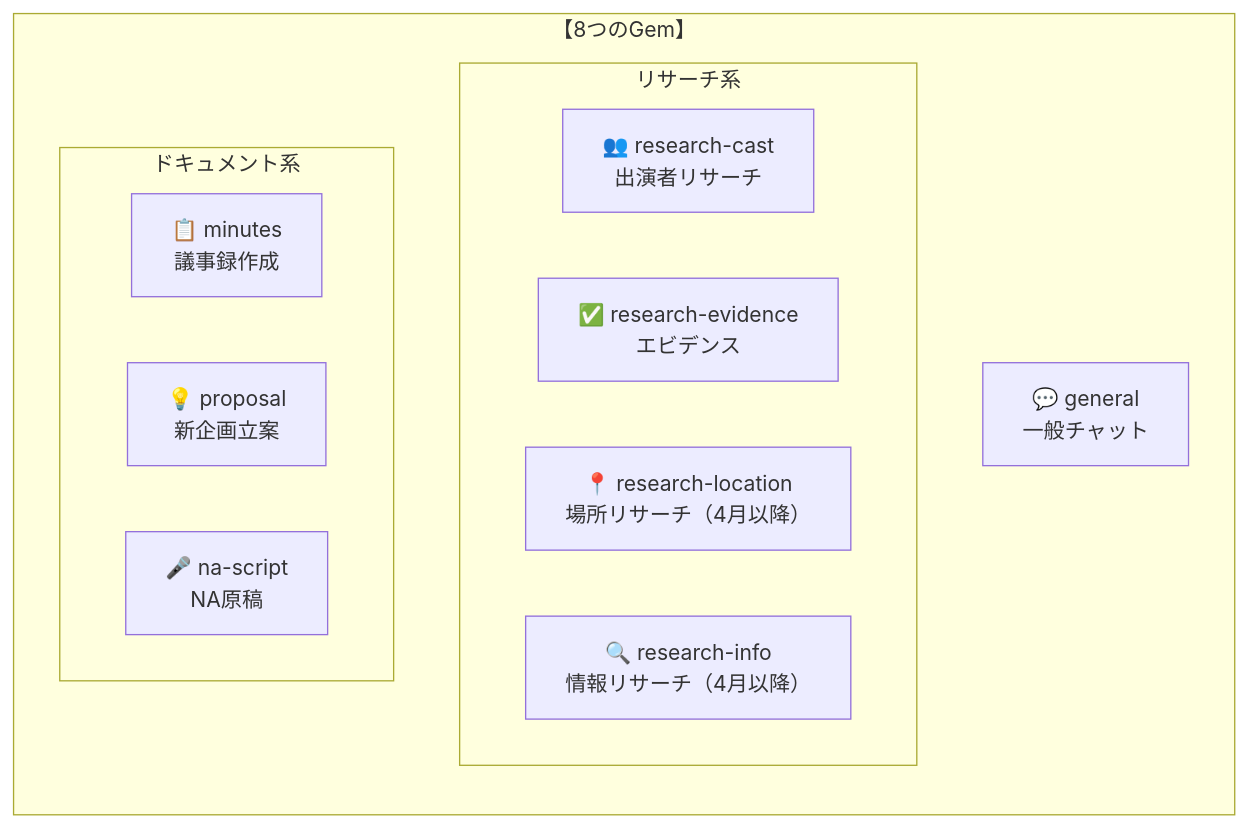
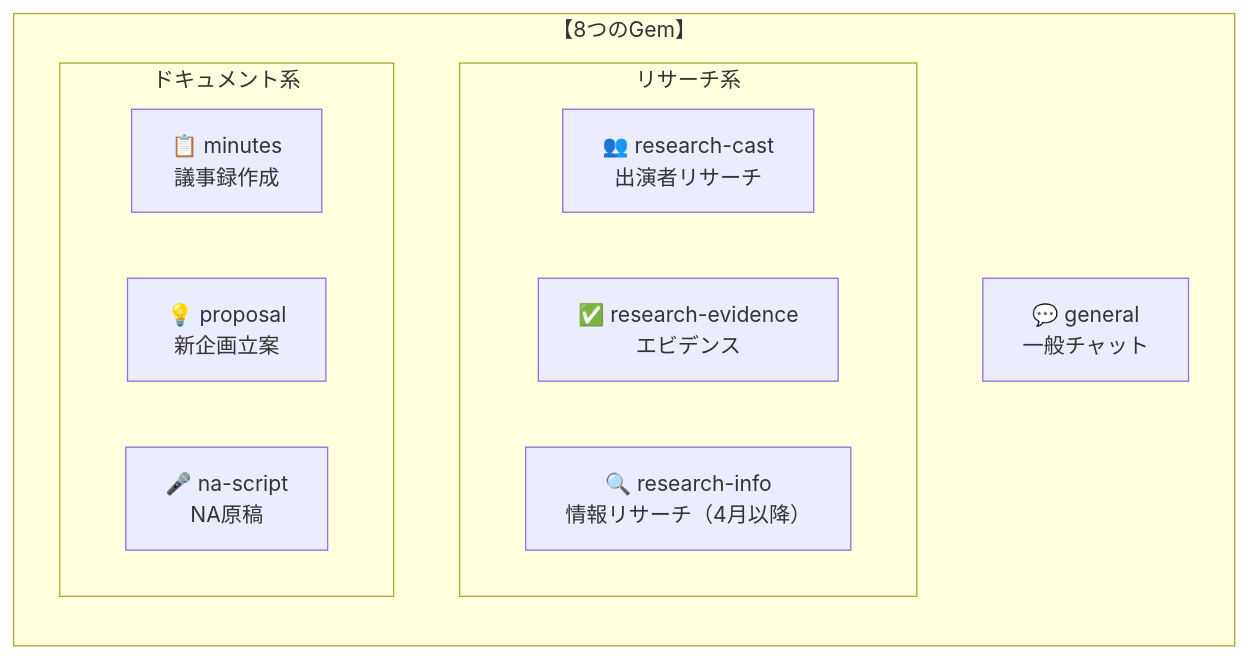
One commit to langcore-org/united-productions-web changed diagram 16 of 27 in docs/specs/architecture/code-structure-mermaid.md. Above: the diagram before and after it, drawn with Mermaid. The commit also changed other lines of this file and 32 other files, not shown here.

````diff
--- a/docs/specs/architecture/code-structure-mermaid.md
+++ b/docs/specs/architecture/code-structure-mermaid.md
@@ -774,21 +774,20 @@
 ```mermaid
 graph LR
     subgraph "【8つのGem】"
         direction TB
 
         GENERAL["💬 general<br/>一般チャット"]
 
         subgraph "リサーチ系"
             RCAST["👥 research-cast<br/>出演者リサーチ"]
             REVI["✅ research-evidence<br/>エビデンス"]
-            RLOC["📍 research-location<br/>場所リサーチ（4月以降）"]
             RINFO["🔍 research-info<br/>情報リサーチ（4月以降）"]
         end
 
         subgraph "ドキュメント系"
             MINUTES["📋 minutes<br/>議事録作成"]
             PROPOSAL["💡 proposal<br/>新企画立案"]
             NASCRIPT["🎤 na-script<br/>NA原稿"]
         end
     end
 ```
````
